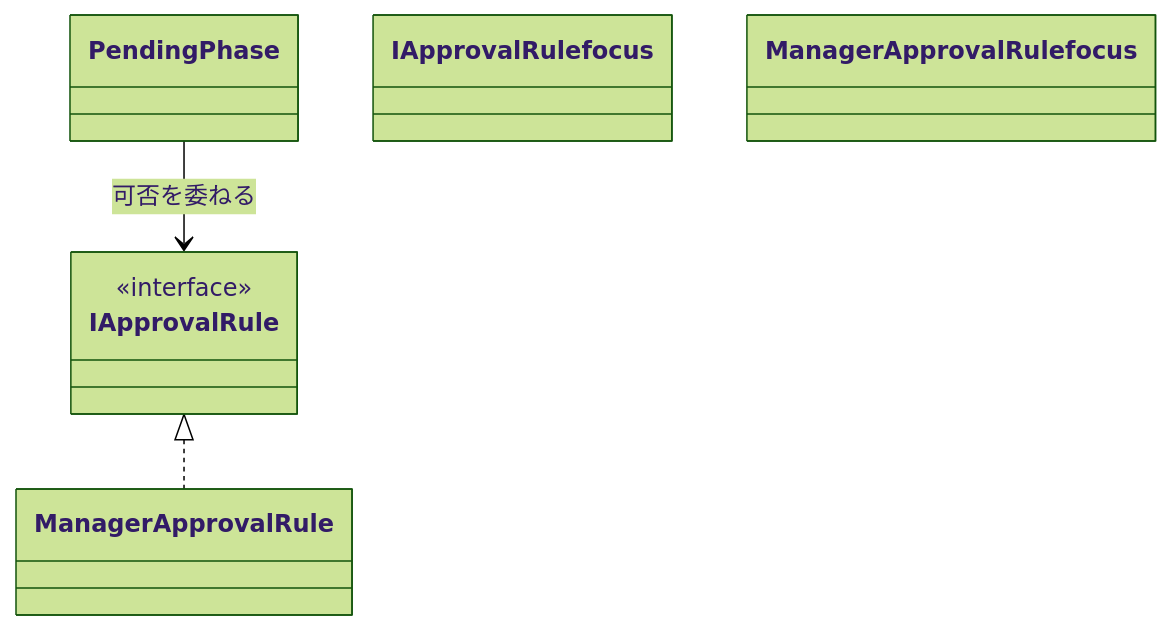
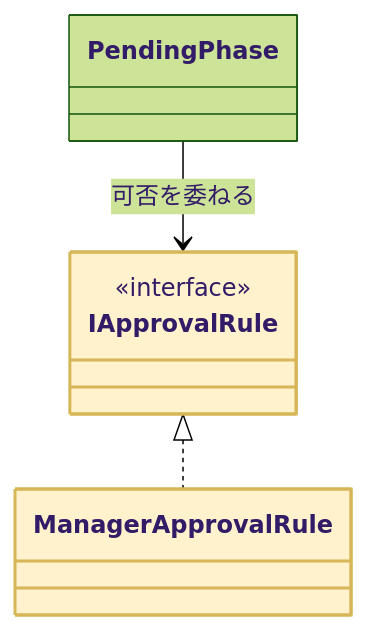
Diagram 17 of 23 in kindle/design-patterns/output/chapter12.md (kumachan1101-pixel/DesignPattern), drawn with Mermaid (forest theme) before and after one commit. The commit also changed other lines of this file and 15 other files, not shown here.

First line of the commit message:
全章classDiagram: phantom浮きクラスを生む着色構文 class X focus を :::focus へ修正（103箇所）

````diff
--- a/kindle/design-patterns/output/chapter12.md
+++ b/kindle/design-patterns/output/chapter12.md
@@ -1602,11 +1602,11 @@
 ```mermaid
 classDiagram
     class PendingPhase
     class IApprovalRule { <<interface>> }
     class ManagerApprovalRule
     PendingPhase --> IApprovalRule : 可否を委ねる
     IApprovalRule <|.. ManagerApprovalRule
-    class IApprovalRule focus
-    class ManagerApprovalRule focus
+    class IApprovalRule:::focus
+    class ManagerApprovalRule:::focus
     classDef focus fill:#FFF2CC,stroke:#D6B656,stroke-width:2px
 ```
````
